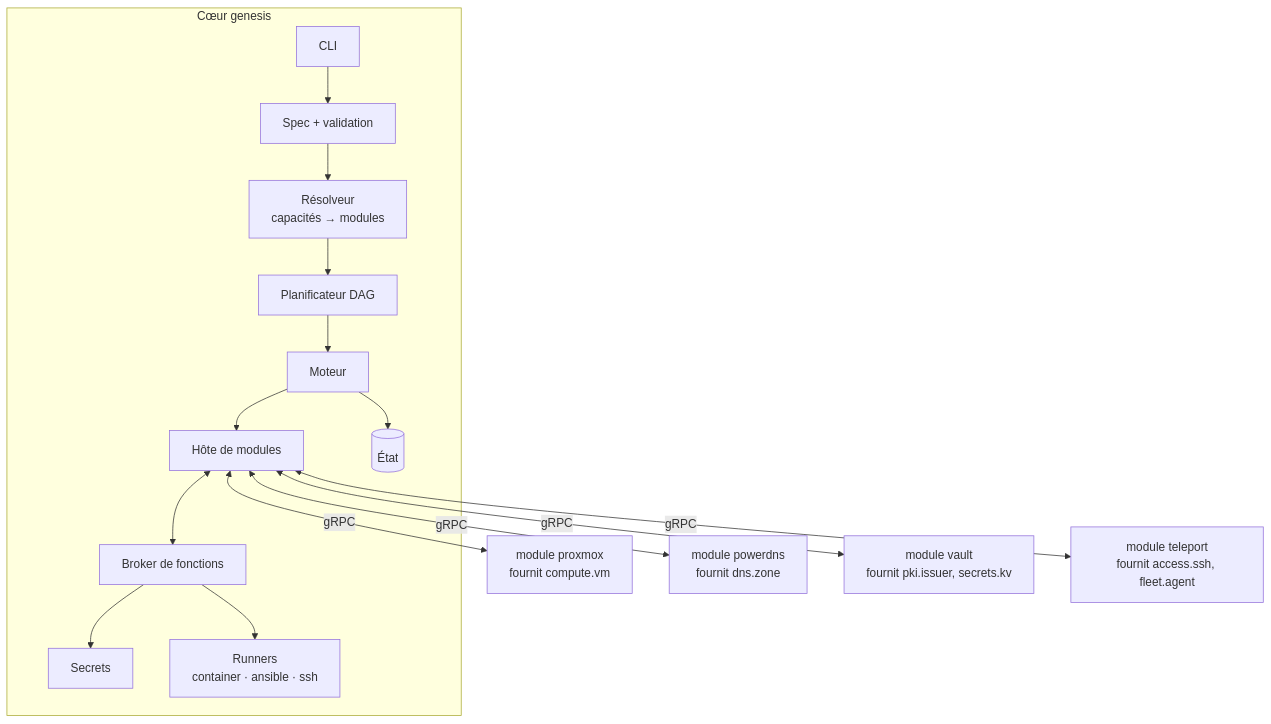
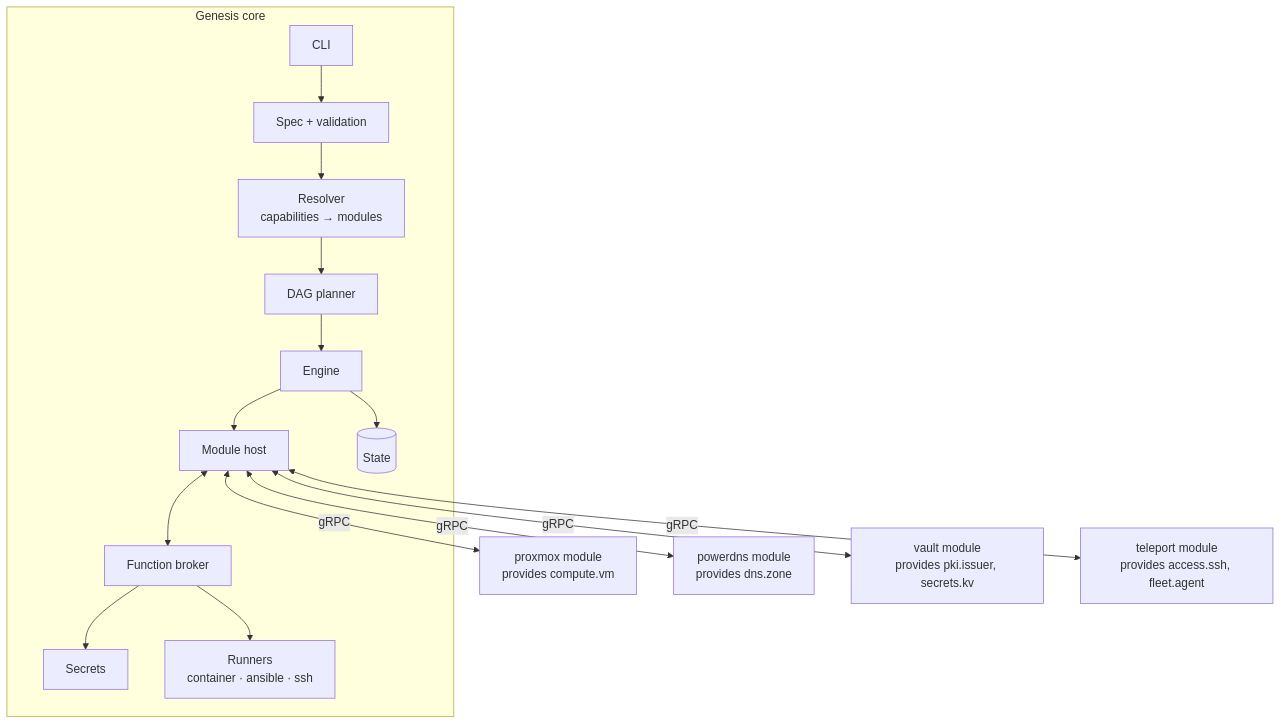
Before and after one commit to WhiteRoseLK/genesis: the diagram in docs/02-architecture.md, drawn with Mermaid. The commit also changed other lines of this file and 224 other files, not shown here.

````diff
--- a/docs/02-architecture.md
+++ b/docs/02-architecture.md
@@ -23,18 +23,18 @@
 ```mermaid
 flowchart TB
-  subgraph CORE[Cœur genesis]
+  subgraph CORE[Genesis core]
     CLI[CLI] --> SPEC[Spec + validation]
-    SPEC --> RES[Résolveur<br/>capacités → modules]
-    RES --> PLAN[Planificateur DAG]
-    PLAN --> ENG[Moteur]
-    ENG --> HOST[Hôte de modules]
-    HOST <--> BROKER[Broker de fonctions]
-    ENG --> STATE[(État)]
+    SPEC --> RES[Resolver<br/>capabilities → modules]
+    RES --> PLAN[DAG planner]
+    PLAN --> ENG[Engine]
+    ENG --> HOST[Module host]
+    HOST <--> BROKER[Function broker]
+    ENG --> STATE[(State)]
     BROKER --> SEC[Secrets]
     BROKER --> RUN[Runners<br/>container · ansible · ssh]
   end
-  HOST <-->|gRPC| M1[module proxmox<br/>fournit compute.vm]
-  HOST <-->|gRPC| M2[module powerdns<br/>fournit dns.zone]
-  HOST <-->|gRPC| M3[module vault<br/>fournit pki.issuer, secrets.kv]
-  HOST <-->|gRPC| M4[module teleport<br/>fournit access.ssh, fleet.agent]
+  HOST <-->|gRPC| M1[proxmox module<br/>provides compute.vm]
+  HOST <-->|gRPC| M2[powerdns module<br/>provides dns.zone]
+  HOST <-->|gRPC| M3[vault module<br/>provides pki.issuer, secrets.kv]
+  HOST <-->|gRPC| M4[teleport module<br/>provides access.ssh, fleet.agent]
 ```
````
